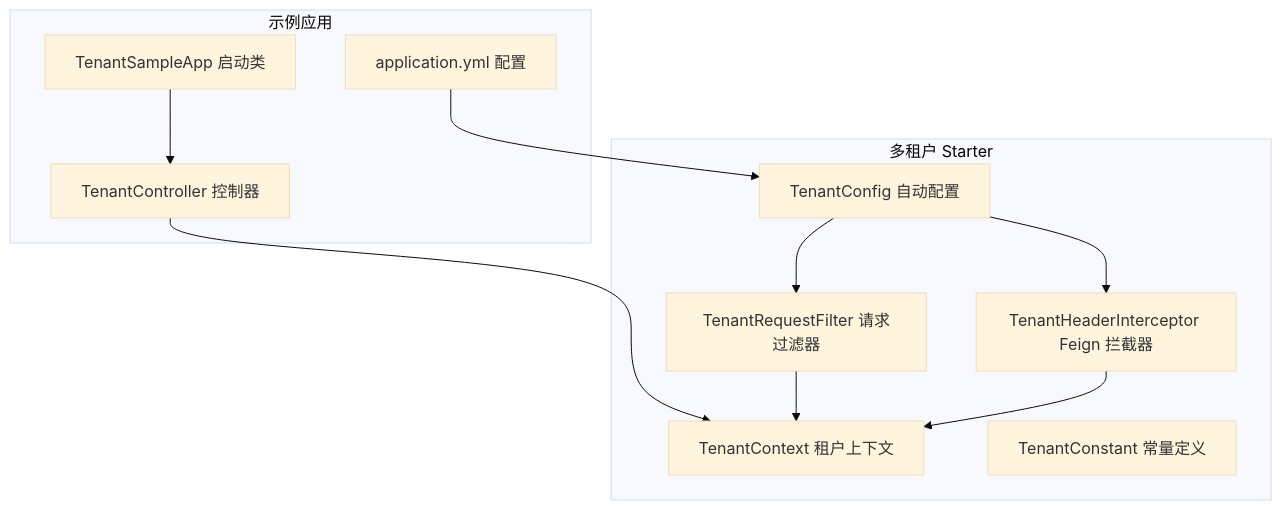
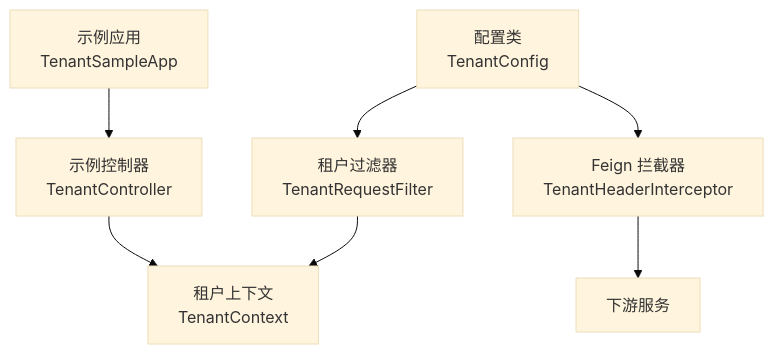
One commit to LiukewenSC/kewen-framework changed the first of 9 diagrams in .qoder/repowiki/zh/content/示例应用/多租户示例.md. Above: the diagram before and after it, drawn with Mermaid (base theme). The commit also changed other lines of this file and 195 other files, not shown here.

````diff
--- a/.qoder/repowiki/zh/content/示例应用/多租户示例.md
+++ b/.qoder/repowiki/zh/content/示例应用/多租户示例.md
@@ -40,22 +47,9 @@
 ```mermaid
 graph TB
-subgraph "示例应用"
-A["TenantSampleApp 启动类"]
-B["TenantController 控制器"]
-C["application.yml 配置"]
-end
-subgraph "多租户 Starter"
-D["TenantContext 租户上下文"]
-E["TenantRequestFilter 请求过滤器"]
-F["TenantHeaderInterceptor Feign 拦截器"]
-G["TenantConfig 自动配置"]
-H["TenantConstant 常量定义"]
-end
-A --> B
-B --> D
-C --> G
-G --> E
-G --> F
-E --> D
-F --> D
+    A["示例应用<br/>TenantSampleApp"] --> B["示例控制器<br/>TenantController"]
+    B --> C["租户上下文<br/>TenantContext"]
+    D["租户过滤器<br/>TenantRequestFilter"] --> C
+    E["Feign 拦截器<br/>TenantHeaderInterceptor"] --> F["下游服务"]
+    G["配置类<br/>TenantConfig"] --> D
+    G --> E
 ```
````
